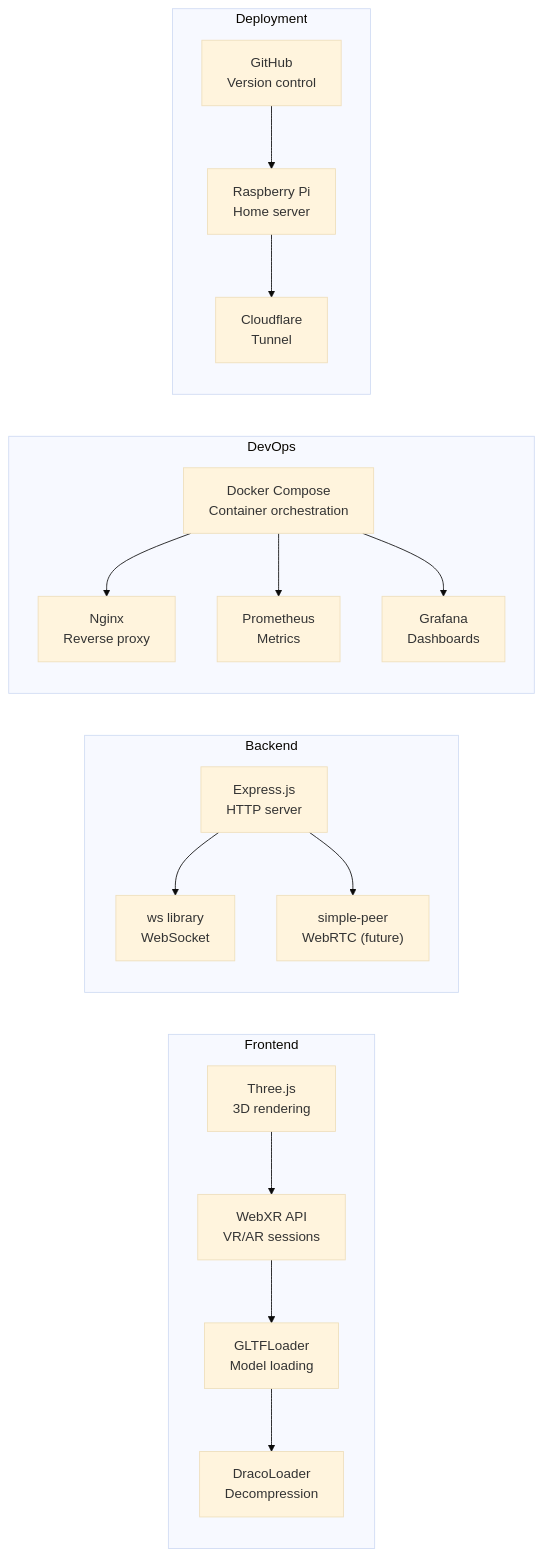
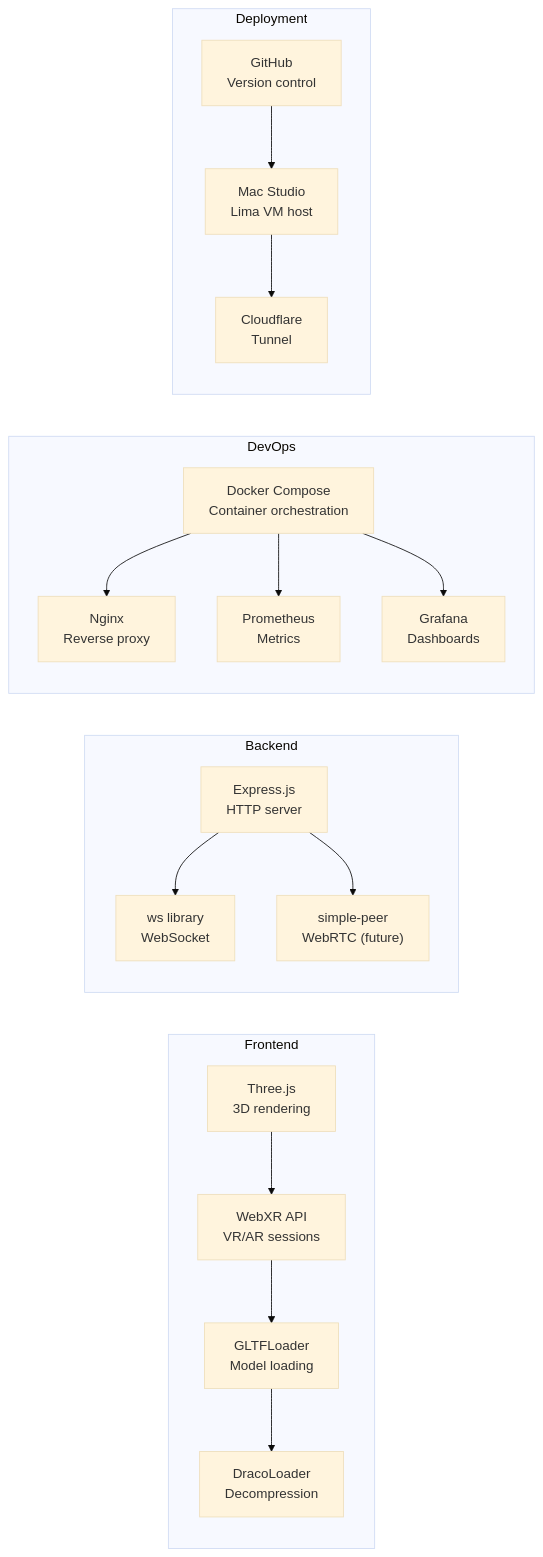
One commit to potable-anarchy/streamxr changed the third of 6 diagrams in ARCHITECTURE.md. Above: the diagram before and after it, drawn with Mermaid (base theme). The commit also changed other lines of this file and 1 other file, not shown here.

First line of the commit message:
Update documentation for Mac Studio Lima VM deployment

````diff
--- a/ARCHITECTURE.md
+++ b/ARCHITECTURE.md
@@ -129,42 +129,42 @@
 ```mermaid
 graph LR
     subgraph "Frontend"
         ThreeJS["Three.js<br/>3D rendering"]
         WebXR["WebXR API<br/>VR/AR sessions"]
         GLTFLoader["GLTFLoader<br/>Model loading"]
         DracoLoader["DracoLoader<br/>Decompression"]
     end
 
     subgraph "Backend"
         Express["Express.js<br/>HTTP server"]
         WS["ws library<br/>WebSocket"]
         SimplePeer["simple-peer<br/>WebRTC (future)"]
     end
 
     subgraph "DevOps"
         Docker["Docker Compose<br/>Container orchestration"]
         NginxC["Nginx<br/>Reverse proxy"]
         PromC["Prometheus<br/>Metrics"]
         GrafanaC["Grafana<br/>Dashboards"]
     end
 
     subgraph "Deployment"
         GitHub["GitHub<br/>Version control"]
-        RaspberryPi["Raspberry Pi<br/>Home server"]
+        MacStudio["Mac Studio<br/>Lima VM host"]
         CloudflareT["Cloudflare<br/>Tunnel"]
     end
 
     ThreeJS --> WebXR
     WebXR --> GLTFLoader
     GLTFLoader --> DracoLoader
     
     Express --> WS
     Express --> SimplePeer
     
     Docker --> NginxC
     Docker --> PromC
     Docker --> GrafanaC
     
-    GitHub --> RaspberryPi
-    RaspberryPi --> CloudflareT
+    GitHub --> MacStudio
+    MacStudio --> CloudflareT
 ```
````
